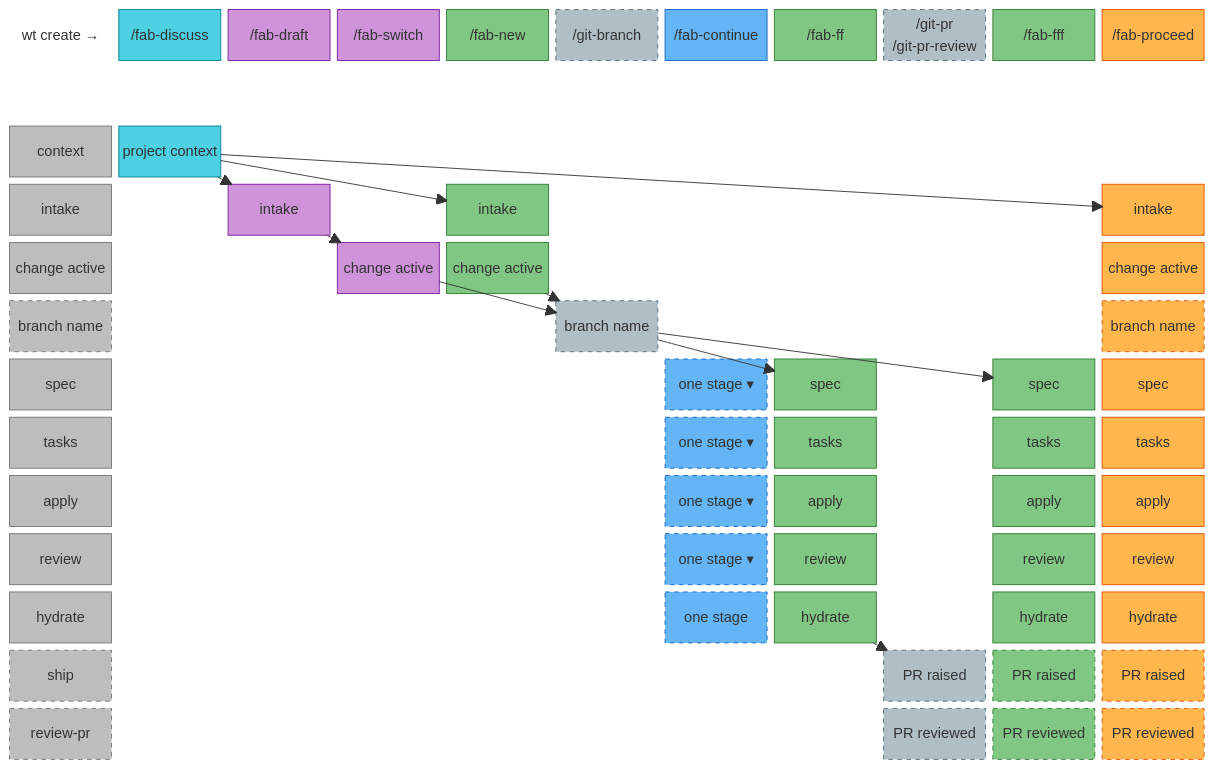
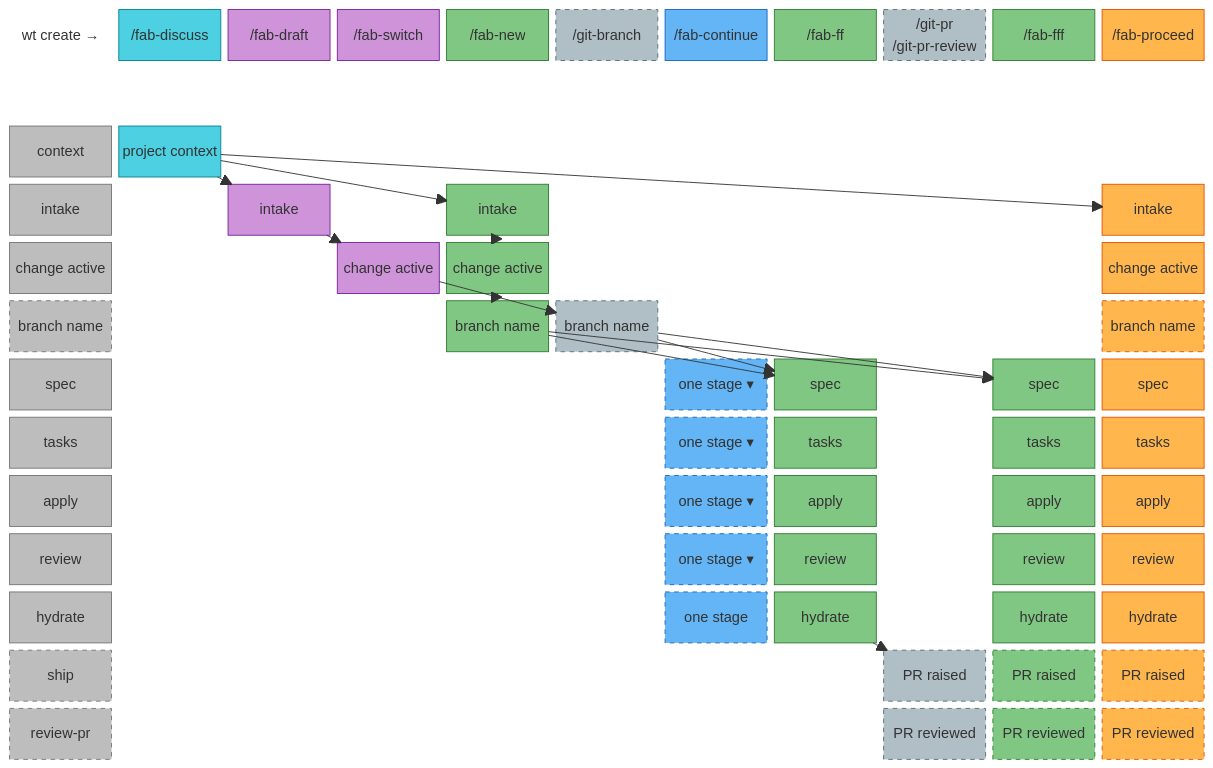
The second of 2 diagrams in README.md (wvrdz/fab-kit), drawn with Mermaid before and after one commit. The commit also changed other lines of this file and 10 other files, not shown here.

Commit message:
feat: fab-new Include Git Branch (#322)

```diff
--- a/README.md
+++ b/README.md
@@ -418,7 +418,7 @@
     row_ctx["context"]:1 discuss_ctx["project context"]:1 space:10
     row_intake["intake"]:1 space:1 draft_intake["intake"]:1 space:1 new_intake["intake"]:1 space:5 proceed_intake["intake"]:1 space:1
     row_active["change active"]:1 space:2 switch_active["change active"]:1 new_active["change active"]:1 space:1 space:4 proceed_active["change active"]:1 space:1
-    row_branch["branch name"]:1 space:4 branch_branch["branch name"]:1 space:4 proceed_branch["branch name"]:1 space:1
+    row_branch["branch name"]:1 space:3 new_branch["branch name"]:1 branch_branch["branch name"]:1 space:4 proceed_branch["branch name"]:1 space:1
     row_spec["spec"]:1 space:5 cont_spec["one stage ▾"]:1 ff_spec["spec"]:1 space:1 fff_spec["spec"]:1 proceed_spec["spec"]:1 space:1
     row_tasks["tasks"]:1 space:5 cont_tasks["one stage ▾"]:1 ff_tasks["tasks"]:1 space:1 fff_tasks["tasks"]:1 proceed_tasks["tasks"]:1 space:1
     row_apply["apply"]:1 space:5 cont_apply["one stage ▾"]:1 ff_apply["apply"]:1 space:1 fff_apply["apply"]:1 proceed_apply["apply"]:1 space:1
@@ -430,10 +430,13 @@
     %% Arrows — multiple paths from top-left to bottom-right
     discuss_ctx --> draft_intake
     discuss_ctx --> new_intake
+    new_intake --> new_active
+    new_active --> new_branch
     discuss_ctx --> proceed_intake
     draft_intake --> switch_active
     switch_active --> branch_branch
-    new_active --> branch_branch
+    new_branch --> ff_spec
+    new_branch --> fff_spec
     branch_branch --> ff_spec
     branch_branch --> fff_spec
     ff_hydrate --> gitpr_ship
@@ -473,9 +476,10 @@
     %% fab-switch (Change lifecycle — purple)
     style switch_active fill:#ce93d8,stroke:#7B1FA2,color:#1a1a1a
 
-    %% fab-new (Automation — green, creates intake + activates)
+    %% fab-new (Automation — green, creates intake + activates + branch)
     style new_intake fill:#81c784,stroke:#2E7D32,color:#1a1a1a
     style new_active fill:#81c784,stroke:#2E7D32,color:#1a1a1a
+    style new_branch fill:#81c784,stroke:#2E7D32,color:#1a1a1a
 
     %% git-branch (Git utilities — blue-grey)
     style branch_branch fill:#b0bec5,stroke:#546e7a,color:#1a1a1a,stroke-dasharray: 5 5
```
